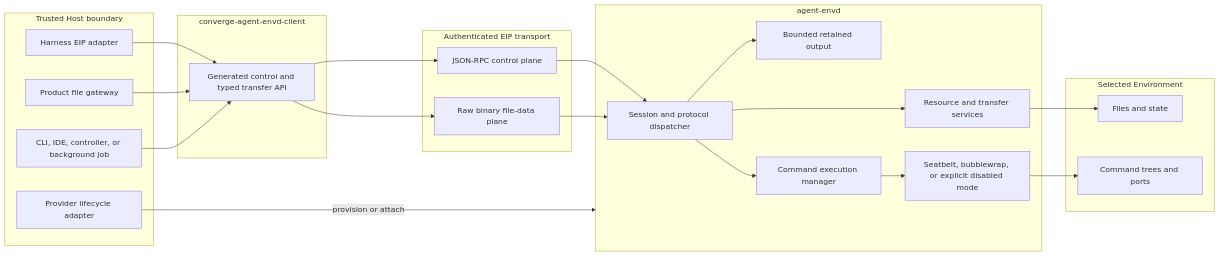
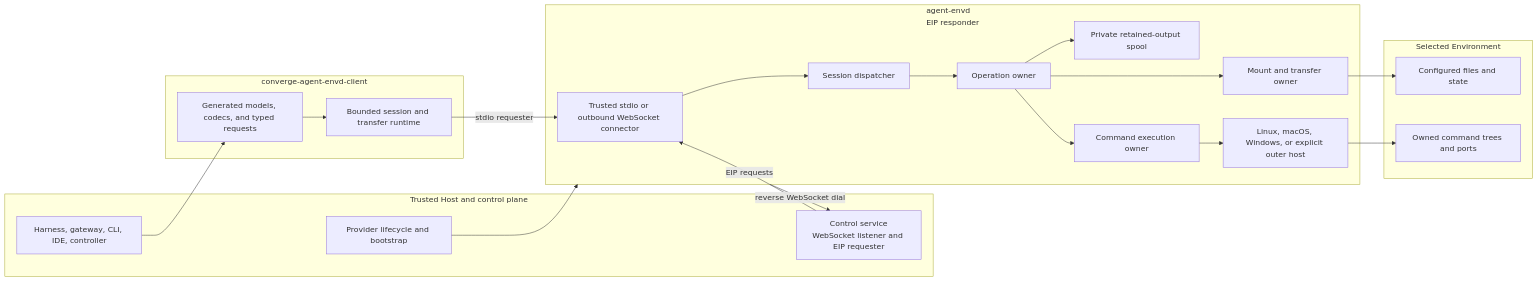
The first of 2 diagrams in spec/agent-envd/00-overview.md (LTThreeComma/agent-foundation), drawn with Mermaid before and after one commit. The commit also changed other lines of this file and 150 other files, not shown here.

````diff
--- a/spec/agent-envd/00-overview.md
+++ b/spec/agent-envd/00-overview.md
@@ -15,39 +15,38 @@
 ```mermaid
 flowchart LR
-    subgraph Host[Trusted Host boundary]
-        Provider[Provider lifecycle adapter]
-        Harness[Harness EIP adapter]
-        Gateway[Product file gateway]
-        Other[CLI, IDE, controller, or background job]
+    subgraph Host[Trusted Host and control plane]
+        Provider[Provider lifecycle and bootstrap]
+        Consumers[Harness, gateway, CLI, IDE, controller]
+        Control[Control service<br/>WebSocket listener and EIP requester]
     end
 
-    subgraph ClientPackage[converge-agent-envd-client]
-        Client[Generated control and typed transfer API]
+    subgraph Client[converge-agent-envd-client]
+        Generated[Generated models, codecs, and typed requests]
+        Runtime[Bounded session and transfer runtime]
     end
 
-    subgraph Transport[Authenticated EIP transport]
-        Control[JSON-RPC control plane]
-        Data[Raw binary file-data plane]
-    end
-
-    subgraph Envd[agent-envd]
-        Session[Session and protocol dispatcher]
-        Resources[Resource and transfer services]
-        Output[Bounded retained output]
-        Execution[Command execution manager]
-        Isolation[Seatbelt, bubblewrap, or explicit disabled mode]
+    subgraph Envd[agent-envd<br/>EIP responder]
+        Connector[Trusted stdio or outbound WebSocket connector]
+        Session[Session dispatcher]
+        Operations[Operation owner]
+        Resources[Mount and transfer owner]
+        Output[Private retained-output spool]
+        Execution[Command execution owner]
+        Isolation[Linux, macOS, Windows, or explicit outer host]
     end
 
     subgraph Native[Selected Environment]
-        Files[Files and state]
-        Processes[Command trees and ports]
+        Files[Configured files and state]
+        Processes[Owned command trees and ports]
     end
 
-    Provider -->|provision or attach| Envd
-    Harness & Gateway & Other --> Client
-    Client --> Control & Data
-    Control & Data --> Session
-    Session --> Resources & Output & Execution
+    Provider --> Envd
+    Consumers --> Generated --> Runtime
+    Runtime -->|stdio requester| Connector
+    Envd -->|reverse WebSocket dial| Control
+    Control -->|EIP requests| Connector
+    Connector --> Session --> Operations
+    Operations --> Resources & Output & Execution
     Resources --> Files
     Execution --> Isolation --> Processes
 ```
````
